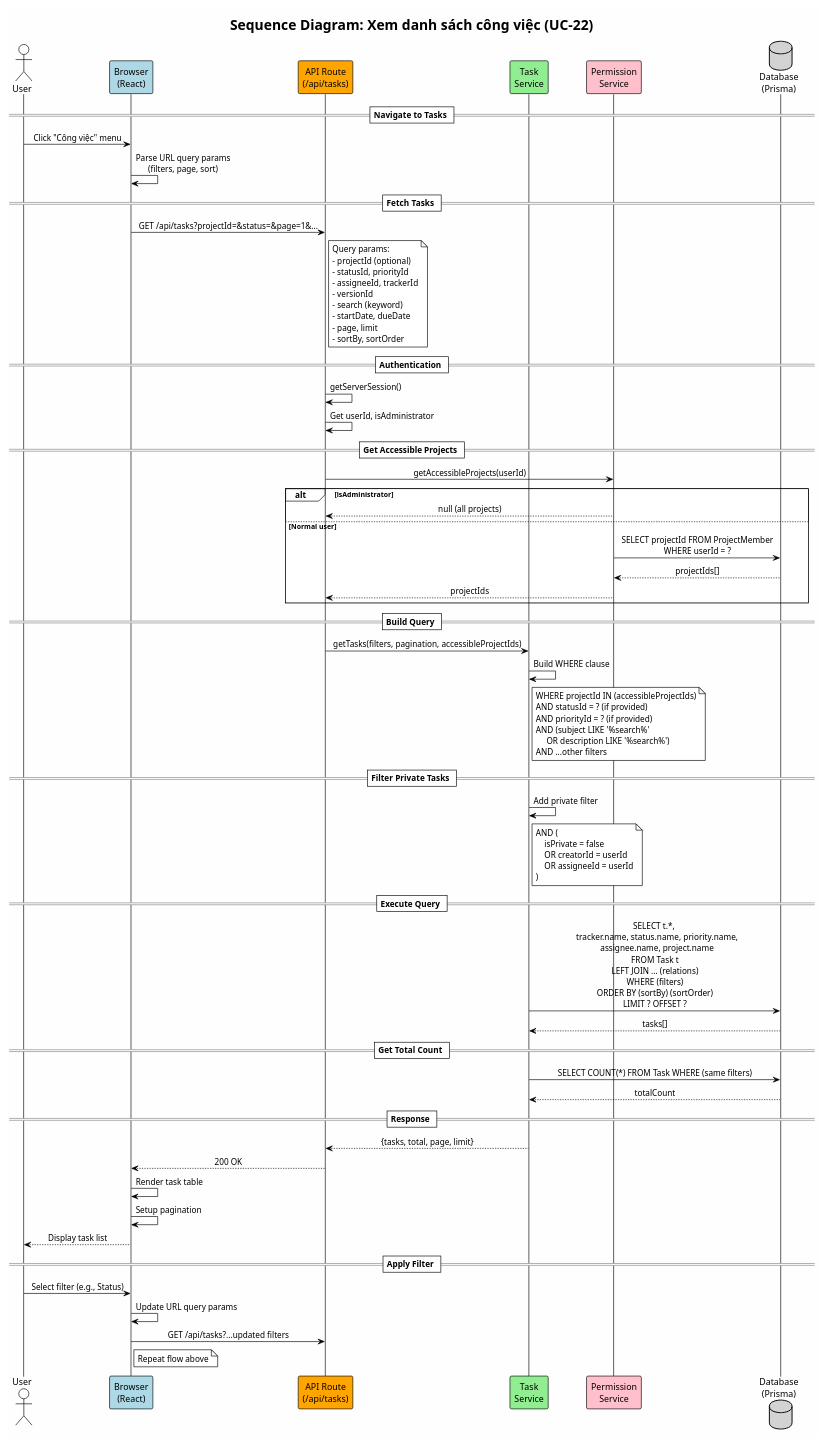
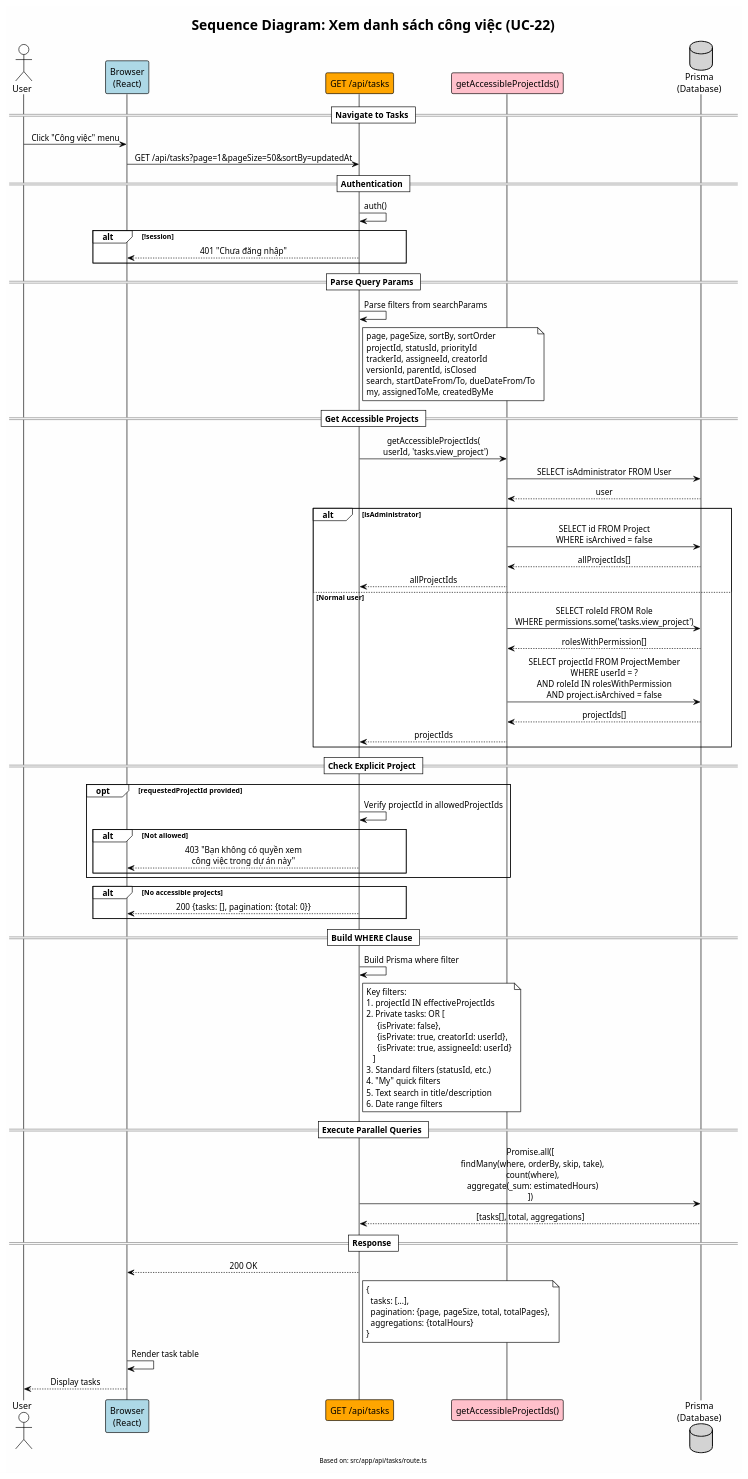
Before and after one commit to docuong039/worksphere: the diagram in docs/sequence_diagram/10-list-tasks.md, drawn with PlantUML. The commit also changed other lines of this file and 44 other files, not shown here.

Commit message:
update diagram trong docs

````diff
--- a/docs/sequence_diagram/10-list-tasks.md
+++ b/docs/sequence_diagram/10-list-tasks.md
@@ -26,93 +25,99 @@
 skinparam sequenceMessageAlign center
 
 title Sequence Diagram: Xem danh sách công việc (UC-22)
+footer Based on: src/app/api/tasks/route.ts
 
 actor "User" as User
 participant "Browser\n(React)" as Browser #LightBlue
-participant "API Route\n(/api/tasks)" as API #Orange
-participant "Task\nService" as TaskService #LightGreen
-participant "Permission\nService" as PermService #Pink
-database "Database\n(Prisma)" as DB #LightGray
+participant "GET /api/tasks" as API #Orange
+participant "getAccessibleProjectIds()" as PermService #Pink
+database "Prisma\n(Database)" as DB #LightGray
 
 == Navigate to Tasks ==
 User -> Browser: Click "Công việc" menu
-Browser -> Browser: Parse URL query params\n(filters, page, sort)
+Browser -> API: GET /api/tasks?page=1&pageSize=50&sortBy=updatedAt
 
-== Fetch Tasks ==
-Browser -> API: GET /api/tasks?projectId=&status=&page=1&...
+== Authentication ==
+API -> API: auth()
+alt !session
+    API --> Browser: 401 "Chưa đăng nhập"
+end
+
+== Parse Query Params ==
+API -> API: Parse filters from searchParams
 note right of API
-    Query params:
-    - projectId (optional)
-    - statusId, priorityId
-    - assigneeId, trackerId
-    - versionId
-    - search (keyword)
-    - startDate, dueDate
-    - page, limit
-    - sortBy, sortOrder
+  page, pageSize, sortBy, sortOrder
+  projectId, statusId, priorityId
+  trackerId, assigneeId, creatorId
+  versionId, parentId, isClosed
+  search, startDateFrom/To, dueDateFrom/To
+  my, assignedToMe, createdByMe
 end note
 
-== Authentication ==
-API -> API: getServerSession()
-API -> API: Get userId, isAdministrator
+== Get Accessible Projects ==
+API -> PermService: getAccessibleProjectIds(\n  userId, 'tasks.view_project')
 
-== Get Accessible Projects ==
-API -> PermService: getAccessibleProjects(userId)
+PermService -> DB: SELECT isAdministrator FROM User
+DB --> PermService: user
 
 alt isAdministrator
-    PermService --> API: null (all projects)
+    PermService -> DB: SELECT id FROM Project\nWHERE isArchived = false
+    DB --> PermService: allProjectIds[]
+    PermService --> API: allProjectIds
 else Normal user
-    PermService -> DB: SELECT projectId FROM ProjectMember\nWHERE userId = ?
+    PermService -> DB: SELECT roleId FROM Role\nWHERE permissions.some('tasks.view_project')
+    DB --> PermService: rolesWithPermission[]
+    
+    PermService -> DB: SELECT projectId FROM ProjectMember\nWHERE userId = ?\nAND roleId IN rolesWithPermission\nAND project.isArchived = false
     DB --> PermService: projectIds[]
     PermService --> API: projectIds
 end
 
-== Build Query ==
-API -> TaskService: getTasks(filters, pagination, accessibleProjectIds)
+== Check Explicit Project ==
+opt requestedProjectId provided
+    API -> API: Verify projectId in allowedProjectIds
+    alt Not allowed
+        API --> Browser: 403 "Bạn không có quyền xem\ncông việc trong dự án này"
+    end
+end
 
-TaskService -> TaskService: Build WHERE clause
-note right of TaskService
-    WHERE projectId IN (accessibleProjectIds)
-    AND statusId = ? (if provided)
-    AND priorityId = ? (if provided)
-    AND (subject LIKE '%search%' 
-         OR description LIKE '%search%')
-    AND ...other filters
+alt No accessible projects
+    API --> Browser: 200 {tasks: [], pagination: {total: 0}}
+end
+
+== Build WHERE Clause ==
+API -> API: Build Prisma where filter
+note right of API
+  Key filters:
+  1. projectId IN effectiveProjectIds
+  2. Private tasks: OR [
+       {isPrivate: false},
+       {isPrivate: true, creatorId: userId},
+       {isPrivate: true, assigneeId: userId}
+     ]
+  3. Standard filters (statusId, etc.)
+  4. "My" quick filters
+  5. Text search in title/description
+  6. Date range filters
 end note
 
-== Filter Private Tasks ==
-TaskService -> TaskService: Add private filter
-note right of TaskService
-    AND (
-        isPrivate = false
-        OR creatorId = userId
-        OR assigneeId = userId
-    )
+== Execute Parallel Queries ==
+API -> DB: Promise.all([\n  findMany(where, orderBy, skip, take),\n  count(where),\n  aggregate(_sum: estimatedHours)\n])
+DB --> API: [tasks[], total, aggregations]
+
+== Response ==
+API --> Browser: 200 OK
+
+note right of API
+  {
+    tasks: [...],
+    pagination: {page, pageSize, total, totalPages},
+    aggregations: {totalHours}
+  }
 end note
 
-== Execute Query ==
-TaskService -> DB: SELECT t.*, \n  tracker.name, status.name, priority.name,\n  assignee.name, project.name\nFROM Task t\nLEFT JOIN ... (relations)\nWHERE (filters)\nORDER BY (sortBy) (sortOrder)\nLIMIT ? OFFSET ?
-DB --> TaskService: tasks[]
-
-== Get Total Count ==
-TaskService -> DB: SELECT COUNT(*) FROM Task WHERE (same filters)
-DB --> TaskService: totalCount
-
-== Response ==
-TaskService --> API: {tasks, total, page, limit}
-API --> Browser: 200 OK
-
 Browser -> Browser: Render task table
-Browser -> Browser: Setup pagination
-Browser --> User: Display task list
-
-== Apply Filter ==
-User -> Browser: Select filter (e.g., Status)
-Browser -> Browser: Update URL query params
-Browser -> API: GET /api/tasks?...updated filters
-note right of Browser
-    Repeat flow above
-end note
+Browser --> User: Display tasks
 
 @enduml
 ```
````
